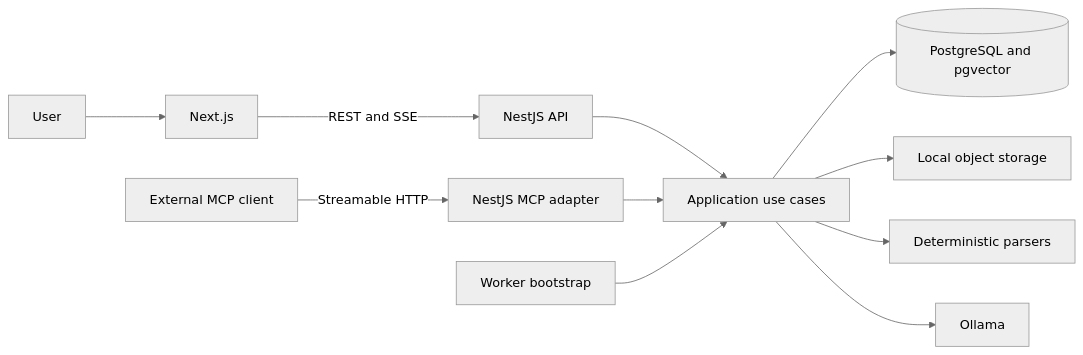
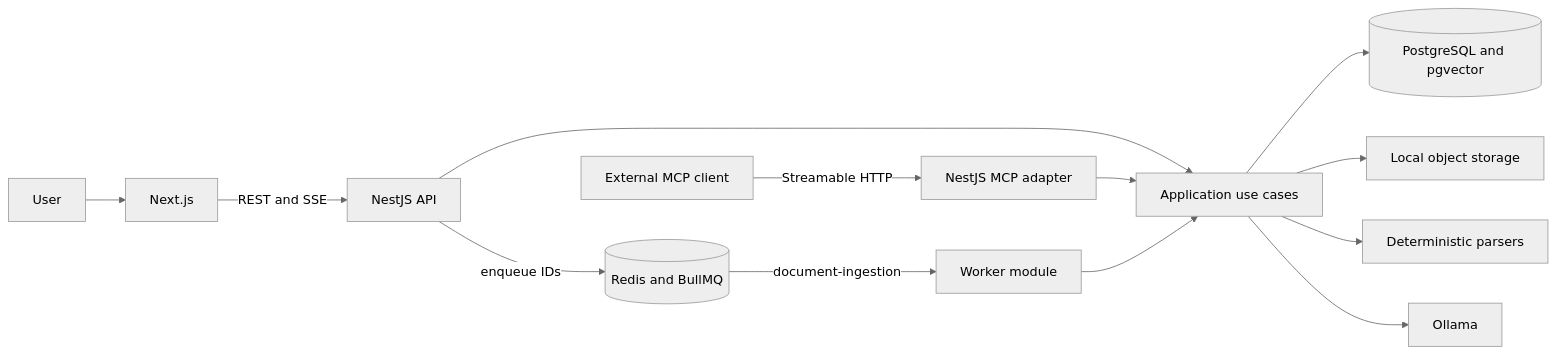
The first of 4 diagrams in docs/architecture.md (sandylib/document-parsing-demo), drawn with Mermaid (neutral theme) before and after one commit. The commit also changed other lines of this file and 46 other files, not shown here.

Commit message:
feat: migrate document ingestion queue to BullMQ and Redis

````diff
--- a/docs/architecture.md
+++ b/docs/architecture.md
@@ -5,13 +5,15 @@
 ```mermaid
 flowchart LR
     User[User] --> Web[Next.js]
     Web -->|REST and SSE| Api[NestJS API]
     External[External MCP client] -->|Streamable HTTP| Mcp[NestJS MCP adapter]
     Api --> App[Application use cases]
     Mcp --> App
-    Worker[Worker bootstrap] --> App
+    Api -->|enqueue IDs| Redis[(Redis and BullMQ)]
+    Redis -->|document-ingestion| Worker[Worker module]
+    Worker --> App
     App --> Pg[(PostgreSQL and pgvector)]
     App --> Files[Local object storage]
     App --> Parsers[Deterministic parsers]
     App --> Ollama[Ollama]
 ```
````
